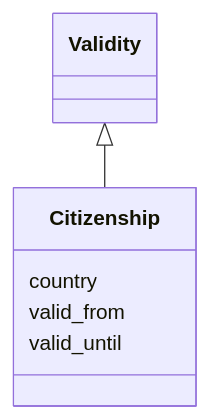
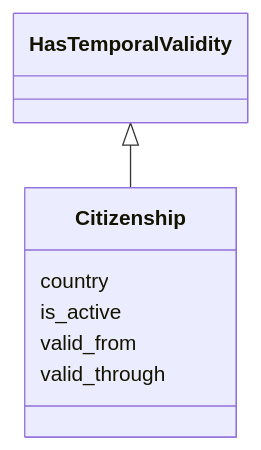
The diagram in ech-0294_actors/output/docs/Citizenship.md (swiss/political-affairs-ech-group), drawn with Mermaid before and after one commit. The commit also changed other lines of this file and 176 other files, not shown here.

````diff
--- a/ech-0294_actors/output/docs/Citizenship.md
+++ b/ech-0294_actors/output/docs/Citizenship.md
@@ -13,15 +22,17 @@
 ```mermaid
  classDiagram
     class Citizenship
     click Citizenship href "../Citizenship/"
-      Validity <|-- Citizenship
-        click Validity href "../Validity/"
+      HasTemporalValidity <|-- Citizenship
+        click HasTemporalValidity href "../HasTemporalValidity/"
       
       Citizenship : country
         
+      Citizenship : is_active
+        
       Citizenship : valid_from
         
-      Citizenship : valid_until
+      Citizenship : valid_through
         
       
 ```
````
